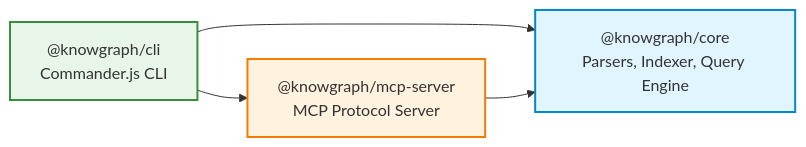
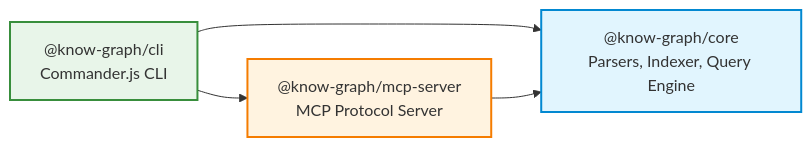
The second of 5 diagrams in docs/README.md (idosams/know-know), drawn with Mermaid before and after one commit. The commit also changed other lines of this file and 51 other files, not shown here.

Commit message:
chore: rename npm scope from @knowgraph to @know-graph

````diff
--- a/docs/README.md
+++ b/docs/README.md
@@ -82,14 +82,14 @@
 ```mermaid
 graph LR
-    CLI["@knowgraph/cli<br/>Commander.js CLI"]
-    MCP["@knowgraph/mcp-server<br/>MCP Protocol Server"]
-    CORE["@knowgraph/core<br/>Parsers, Indexer, Query Engine"]
+    CLI["@know-graph/cli<br/>Commander.js CLI"]
+    MCP["@know-graph/mcp-server<br/>MCP Protocol Server"]
+    CORE["@know-graph/core<br/>Parsers, Indexer, Query Engine"]
 
     CLI --> CORE
     CLI --> MCP
     MCP --> CORE
 
     style CORE fill:#e1f5fe,stroke:#0288d1,stroke-width:2px
     style CLI fill:#e8f5e9,stroke:#388e3c,stroke-width:2px
     style MCP fill:#fff3e0,stroke:#f57c00,stroke-width:2px
 ```
````
